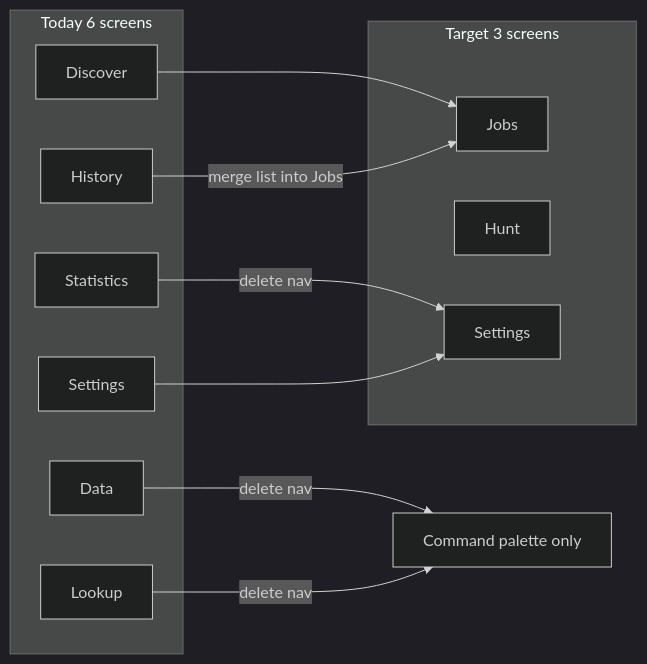
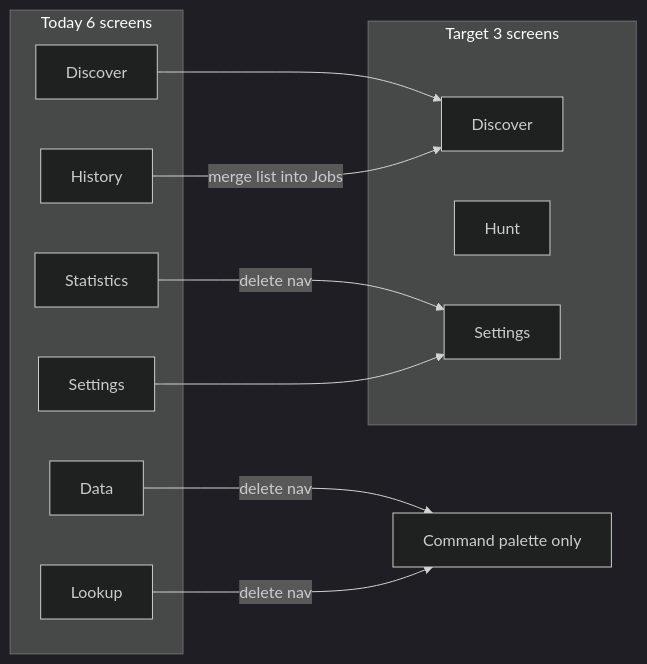
The seventh of 13 diagrams in reports/single-pr-intuitive-product.md (p10ns11y/collab-finder), drawn with Mermaid (dark theme) before and after one commit. The commit also changed other lines of this file and 2 other files, not shown here.

Commit message:
docs: fix Mermaid parse error in Current system diagram (quote node label with outer double quotes for inner ' ); update more terminology in reports to Discover/Xplore for 100% code reality

````diff
--- a/reports/single-pr-intuitive-product.md
+++ b/reports/single-pr-intuitive-product.md
@@ -234,22 +234,22 @@
 ```mermaid
 flowchart LR
   subgraph before["Today 6 screens"]
     b1[Discover]
     b2[Statistics]
     b3[History]
     b4[Data]
     b5[Lookup]
     b6[Settings]
   end
   subgraph after["Target 3 screens"]
-    a1[Jobs]
+    a1[Discover]
     a2[Hunt]
     a3[Settings]
   end
   b1 --> a1
   b2 -->|delete nav| a3
   b3 -->|merge list into Jobs| a1
   b4 -->|delete nav| pal[Command palette only]
   b5 -->|delete nav| pal
   b6 --> a3
 ```
````
